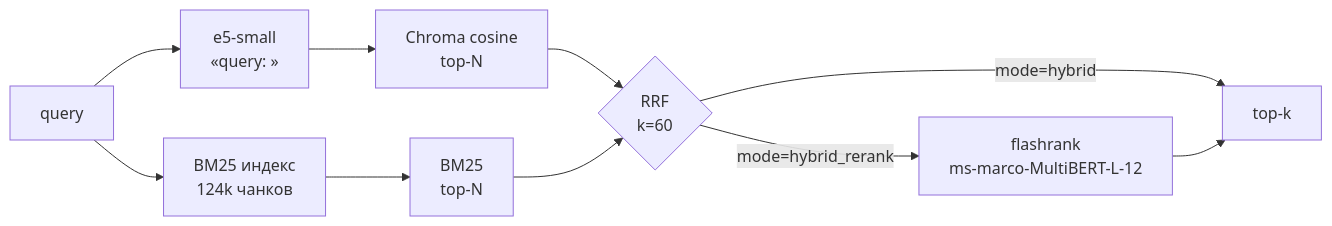
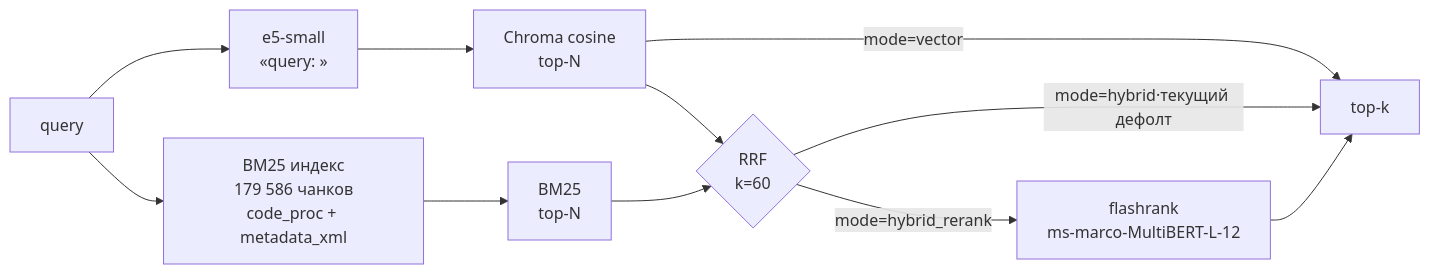
Before and after one commit to Smaturus/1c-mcp-rag-search: the diagram in README.md, drawn with Mermaid. The commit also changed other lines of this file and 1 other file, not shown here.

Commit message:
docs: final README and architecture for the rebuilt corpus and 2x2 ablation

````diff
--- a/README.md
+++ b/README.md
@@ -38,12 +39,13 @@
 ```mermaid
 flowchart LR
     Q[query] --> E[e5-small<br/>«query: »]
     E --> C[Chroma cosine<br/>top-N]
-    Q --> B[BM25 индекс<br/>124k чанков]
+    Q --> B[BM25 индекс<br/>179 586 чанков<br/>code_proc + metadata_xml]
     B --> BT[BM25<br/>top-N]
     C --> R{RRF<br/>k=60}
     BT --> R
-    R -->|mode=hybrid| OUT[top-k]
+    C -->|mode=vector| OUT[top-k]
+    R -->|mode=hybrid·текущий дефолт| OUT
     R -->|mode=hybrid_rerank| RR[flashrank<br/>ms-marco-MultiBERT-L-12]
     RR --> OUT
 ```
````
